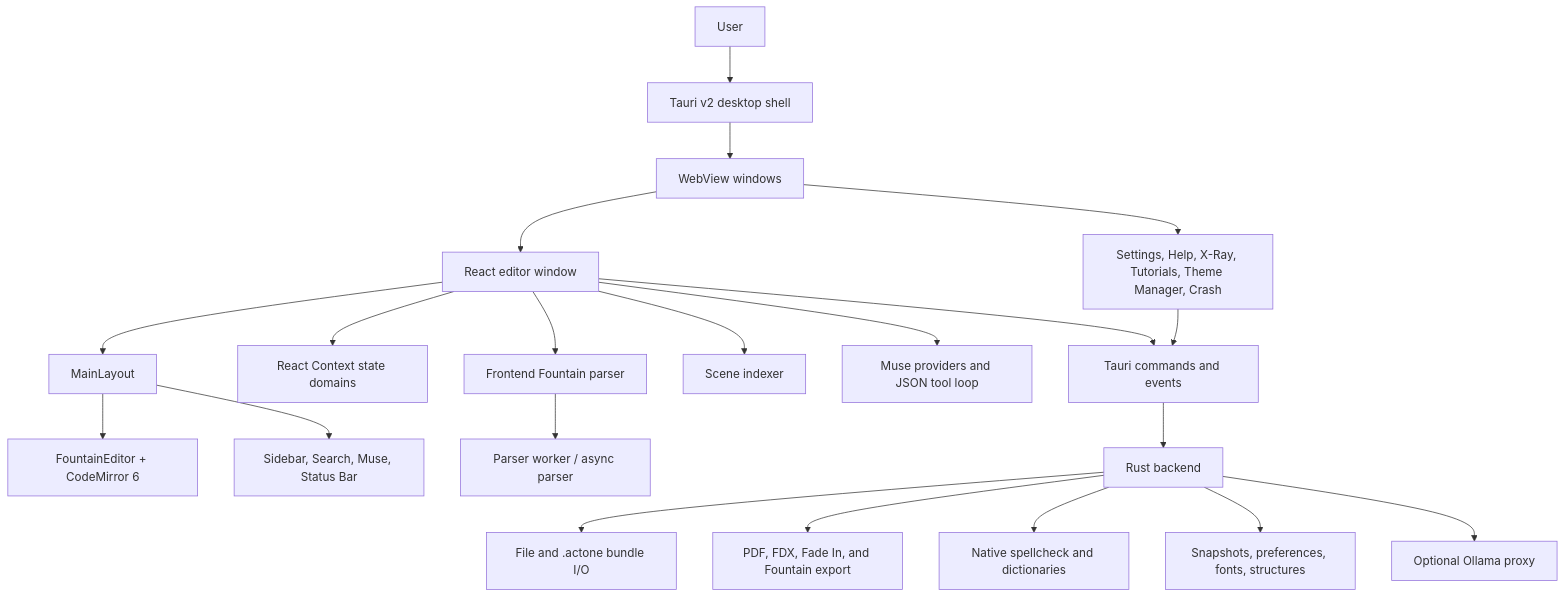
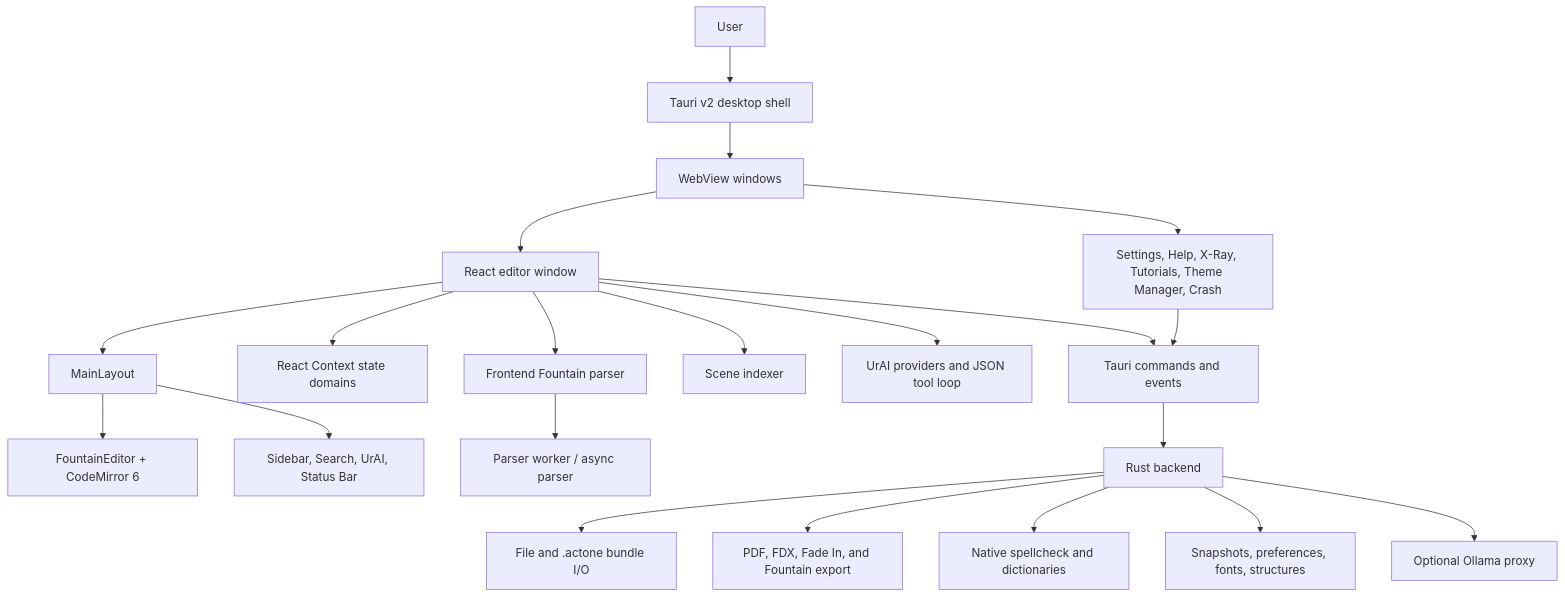
The diagram in docs/developer-guide/02-architecture.md (BeetleBot/ActOne-Screenplay), drawn with Mermaid before and after one commit. The commit also changed other lines of this file and 107 other files, not shown here.

````diff
--- a/docs/developer-guide/02-architecture.md
+++ b/docs/developer-guide/02-architecture.md
@@ -7,23 +7,23 @@
 ```mermaid
 flowchart TD
     User[User] --> Shell[Tauri v2 desktop shell]
     Shell --> Windows[WebView windows]
     Windows --> Main[React editor window]
     Windows --> Standalone[Settings, Help, X-Ray, Tutorials, Theme Manager, Crash]
     Main --> Layout[MainLayout]
     Layout --> Editor[FountainEditor + CodeMirror 6]
-    Layout --> Panels[Sidebar, Search, Muse, Status Bar]
+    Layout --> Panels[Sidebar, Search, UrAI, Status Bar]
     Main --> Contexts[React Context state domains]
     Main --> Parser[Frontend Fountain parser]
     Parser --> Worker[Parser worker / async parser]
     Main --> Index[Scene indexer]
-    Main --> AI[Muse providers and JSON tool loop]
+    Main --> AI[UrAI providers and JSON tool loop]
     Main --> IPC[Tauri commands and events]
     Standalone --> IPC
     IPC --> Rust[Rust backend]
     Rust --> Files[File and .actone bundle I/O]
     Rust --> Export[PDF, FDX, Fade In, and Fountain export]
     Rust --> Spell[Native spellcheck and dictionaries]
     Rust --> Project[Snapshots, preferences, fonts, structures]
     Rust --> Ollama[Optional Ollama proxy]
 ```
````
